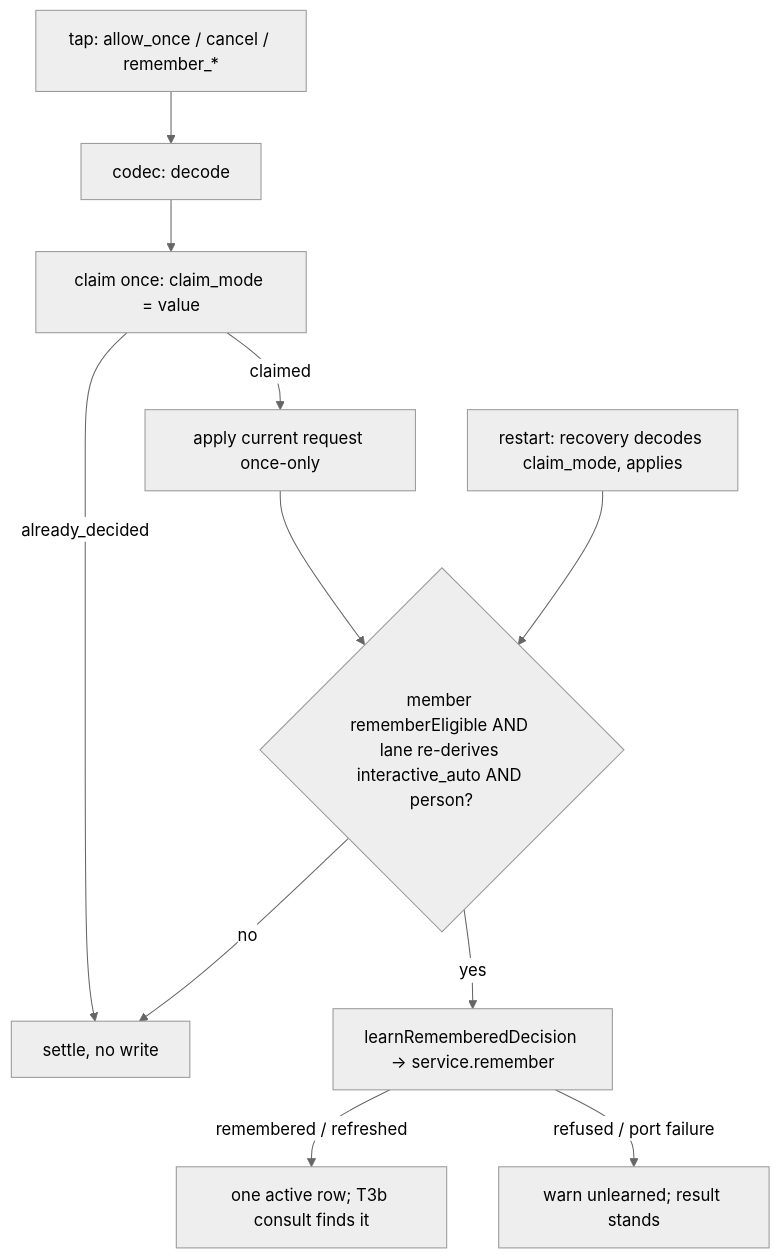
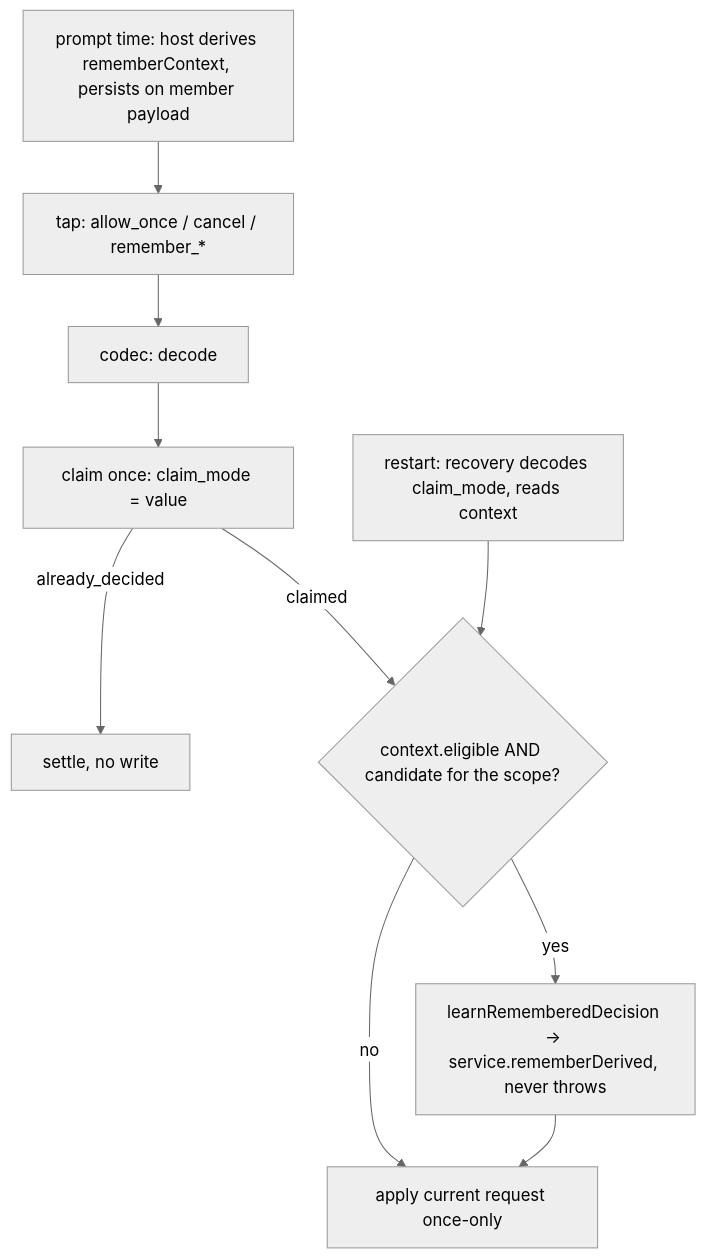
Before and after one commit to knacklabs/gantry: the diagram in plans/exploration/askfloor-1-t3c-taskplan.md, drawn with Mermaid (neutral theme). The commit also changed other lines of this file and 4 other files, not shown here.

First line of the commit message:
plan(ASKFLOOR-1-T3c): grill r2 folded — plan v3 / contract v3 (one host-derived rememberContext bound at prompt time; write-then-apply through the existing hooks; rememberDerived service entry; line-neutral carriers; runtime-store composition root; eleven leaves)

````diff
--- a/plans/exploration/askfloor-1-t3c-taskplan.md
+++ b/plans/exploration/askfloor-1-t3c-taskplan.md
@@ -47,13 +47,11 @@
 ```mermaid
 flowchart TD
-  T[tap: allow_once / cancel / remember_*] --> P[codec: decode]
+  H[prompt time: host derives rememberContext, persists on member payload] --> T[tap: allow_once / cancel / remember_*]
+  T --> P[codec: decode]
   P --> C[claim once: claim_mode = value]
   C -- already_decided --> X[settle, no write]
-  C -- claimed --> A[apply current request once-only]
-  A --> E{member rememberEligible AND lane re-derives interactive_auto AND person?}
-  E -- no --> X
-  E -- yes --> L[learnRememberedDecision -> service.remember]
-  L -- remembered / refreshed --> R[one active row; T3b consult finds it]
-  L -- refused / port failure --> W[warn unlearned; result stands]
-  RC[restart: recovery decodes claim_mode, applies] --> E
+  C -- claimed --> E{context.eligible AND candidate for the scope?}
+  E -- no --> A[apply current request once-only]
+  E -- yes --> L[learnRememberedDecision -> service.rememberDerived, never throws] --> A
+  RC[restart: recovery decodes claim_mode, reads context] --> E
 ```
````
